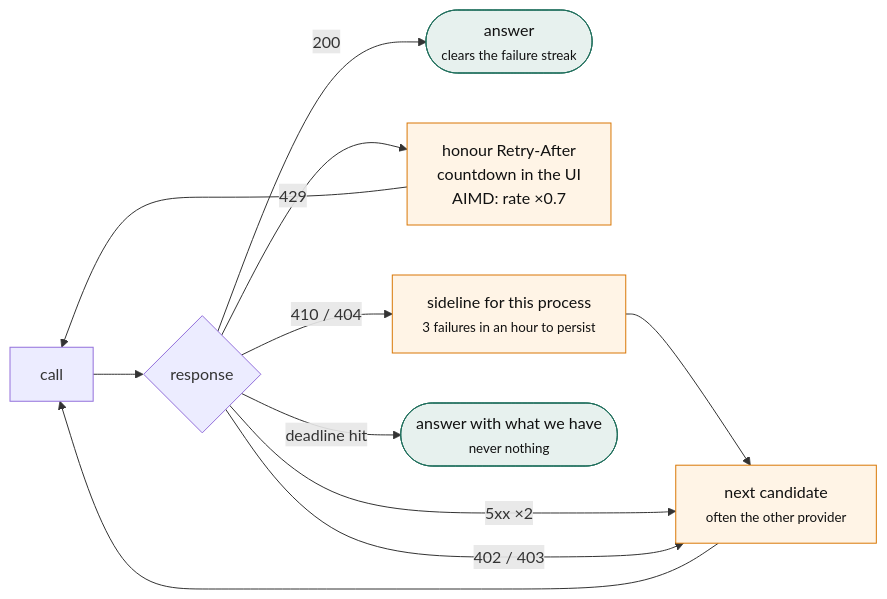
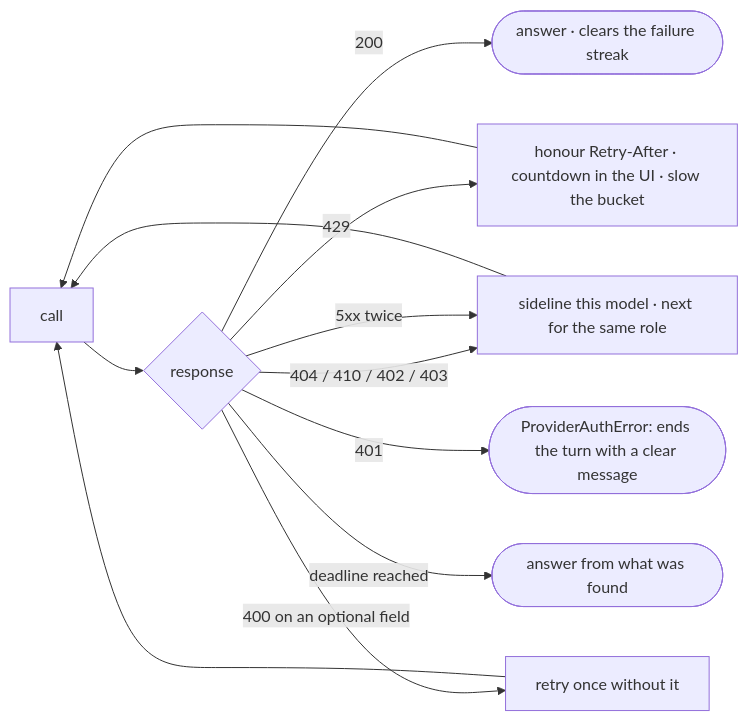
The fourth of 4 diagrams in ARCHITECTURE.md (DamnKuldeep/KnowYourRightsAI), drawn with Mermaid before and after one commit. The commit also changed other lines of this file and 153 other files, not shown here.

````diff
--- a/ARCHITECTURE.md
+++ b/ARCHITECTURE.md
@@ -231,15 +167,11 @@
 ```mermaid
 flowchart LR
-    C[" call "] --> S{" response "}
-    S -->|200| OK([" answer<br/><small>clears the failure streak</small> "])
-    S -->|429| P[" honour Retry-After<br/>countdown in the UI<br/>AIMD: rate ×0.7 "] --> C
-    S -->|"410 / 404"| M[" sideline for this process<br/><small>3 failures in an hour to persist</small> "] --> NX[" next candidate<br/><small>often the other provider</small> "] --> C
-    S -->|"5xx ×2"| NX
-    S -->|"402 / 403"| NX
-    S -->|deadline hit| DEG([" answer with what we have<br/><small>never nothing</small> "])
-
-    classDef good fill:#e7f1ee,stroke:#1f6f5c,color:#111
-    classDef bad fill:#fff4e6,stroke:#d97706,color:#111
-    class OK,DEG good
-    class P,M,NX bad
+    C[call] --> R{response}
+    R -->|200| OK([answer · clears the failure streak])
+    R -->|429| W[honour Retry-After · countdown in the UI · slow the bucket] --> C
+    R -->|404 / 410 / 402 / 403| N[sideline this model · next for the same role] --> C
+    R -->|5xx twice| N
+    R -->|400 on an optional field| D[retry once without it] --> C
+    R -->|401| A([ProviderAuthError: ends the turn with a clear message])
+    R -->|deadline reached| DL([answer from what was found])
 ```
````
